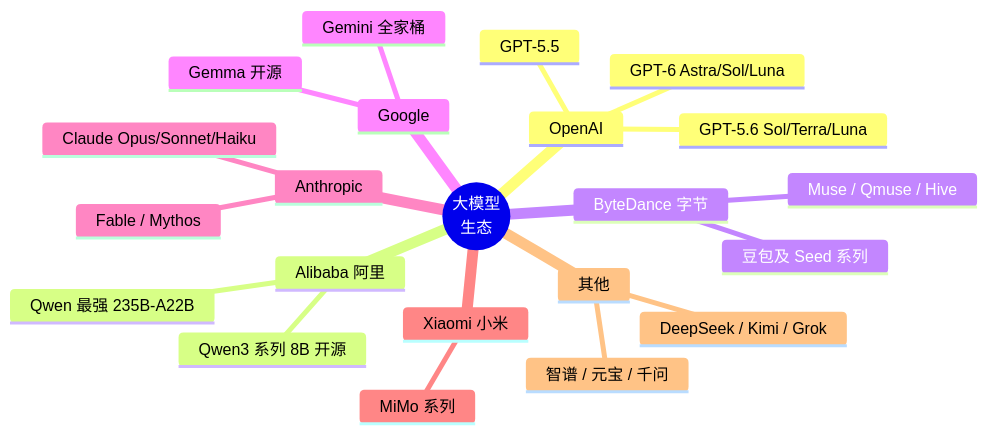
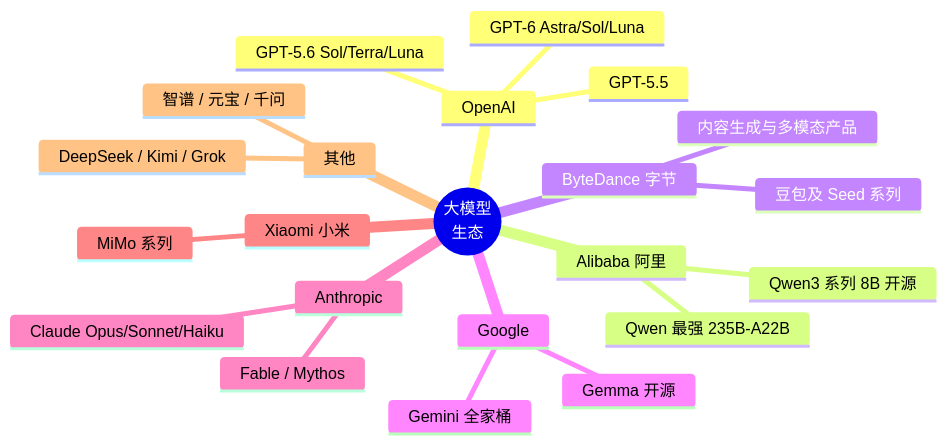
The tenth of 13 diagrams in ai-learning-notes.md (VincesHu01/ai-learning-notes), drawn with Mermaid before and after one commit. The commit also changed other lines of this file and 8 other files, not shown here.

````diff
--- a/ai-learning-notes.md
+++ b/ai-learning-notes.md
@@ -642,25 +638,25 @@
 ```mermaid
 mindmap
   root((大模型<br/>生态))
     OpenAI
       GPT-5.5
       GPT-5.6 Sol/Terra/Luna
       GPT-6 Astra/Sol/Luna
     Alibaba 阿里
       Qwen3 系列 8B 开源
       Qwen 最强 235B-A22B
     ByteDance 字节
       豆包及 Seed 系列
-      Muse / Qmuse / Hive
+      内容生成与多模态产品
     Google
       Gemini 全家桶
       Gemma 开源
     Anthropic
       Claude Opus/Sonnet/Haiku
       Fable / Mythos
     Xiaomi 小米
       MiMo 系列
     其他
       DeepSeek / Kimi / Grok
       智谱 / 元宝 / 千问
 ```
````
